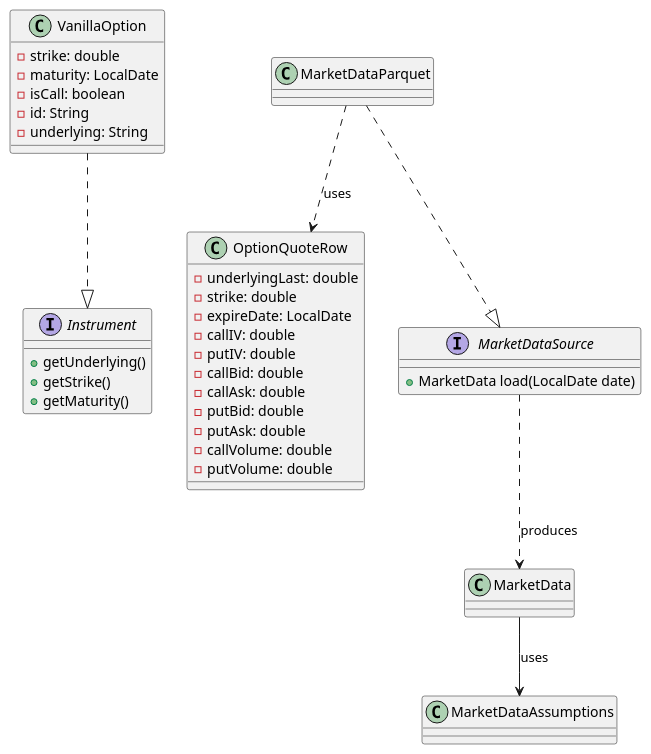
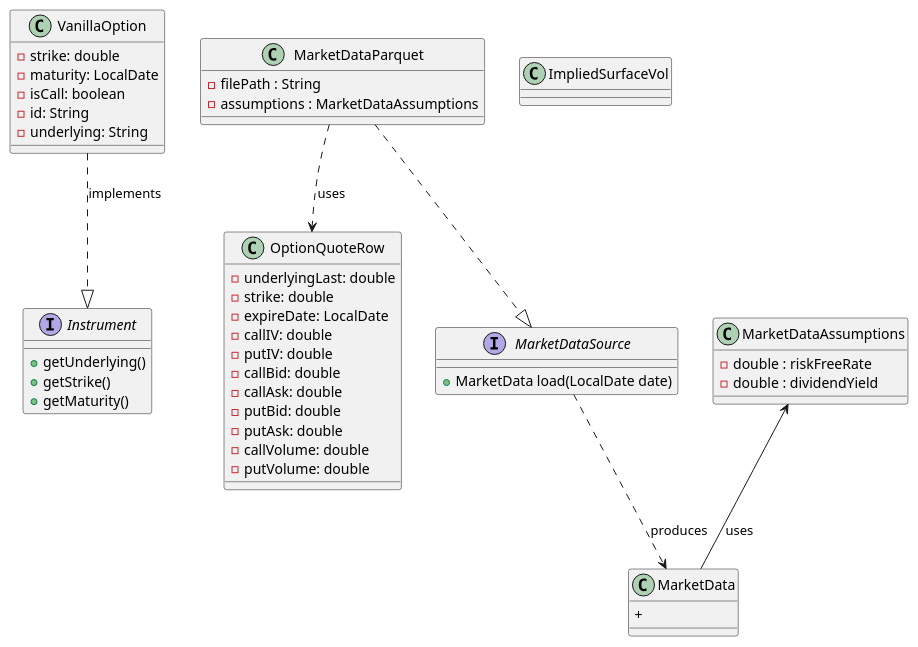
One commit to RayaneTroudi/EQD_FLOW_JAVA changed the diagram in backend/docs/archi.puml. Above: the diagram before and after it, drawn with PlantUML.

Commit message:
update the UML diagram

```diff
--- a/backend/docs/archi.puml
+++ b/backend/docs/archi.puml
@@ -1,48 +1,58 @@
 @startuml ARCHI
 interface Instrument {
   +getUnderlying()
   +getStrike()
   +getMaturity()
 }
 
 class VanillaOption {
   -strike: double
   -maturity: LocalDate
   -isCall: boolean
   -id: String
   -underlying: String
 }
 
 class OptionQuoteRow {
   -underlyingLast: double
   -strike: double
   -expireDate: LocalDate
   -callIV: double
   -putIV: double
   -callBid: double
   -callAsk: double
   -putBid: double
   -putAsk: double
   -callVolume: double
   -putVolume: double
 }
 
 class MarketData {
+  +
 }
 
 interface MarketDataSource {
     +MarketData load(LocalDate date)
 }
 
 class MarketDataParquet {
+  -filePath : String
+  -assumptions : MarketDataAssumptions
 }
 
 class MarketDataAssumptions {
+  -double : riskFreeRate
+  -double : dividendYield
 }
 
+class ImpliedSurfaceVol{
+
+}
+
+
 MarketDataParquet ..> OptionQuoteRow : uses
-VanillaOption ..|> Instrument
+VanillaOption ..|> Instrument : implements
 MarketDataSource ..> MarketData : produces
-MarketData --> MarketDataAssumptions : uses
+MarketDataAssumptions <-- MarketData  : uses
 MarketDataParquet ..|>  MarketDataSource 
 @enduml
```
